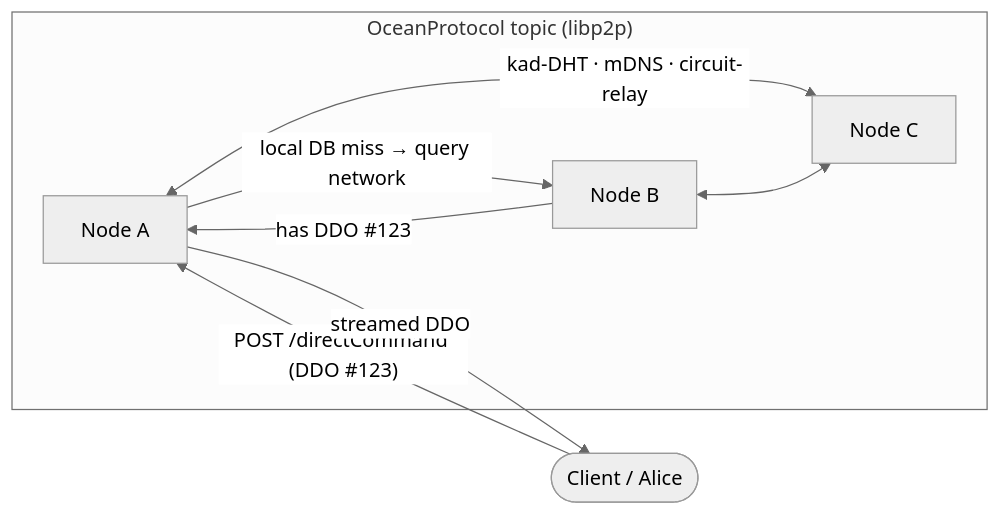
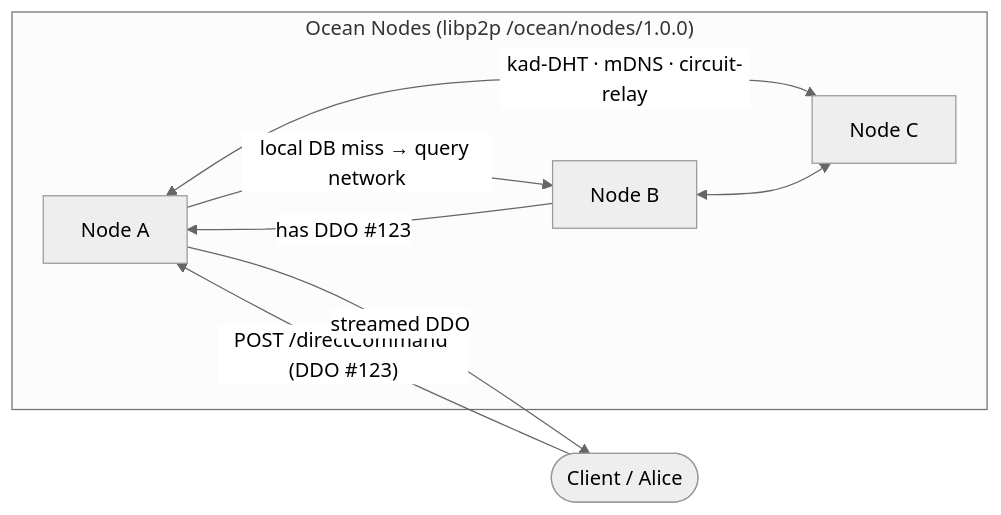
Before and after one commit to oceanprotocol/ocean-node: the fourth of 5 diagrams in docs/Arhitecture.md, drawn with Mermaid (neutral theme). The commit also changed other lines of this file and 1 other file, not shown here.

````diff
--- a/docs/Arhitecture.md
+++ b/docs/Arhitecture.md
@@ -236,14 +246,14 @@
 ```mermaid
 flowchart LR
-    subgraph OceanNetwork["OceanProtocol topic (libp2p)"]
+    subgraph OceanNetwork["Ocean Nodes (libp2p /ocean/nodes/1.0.0)"]
         A["Node A"]
         B["Node B"]
         C["Node C"]
     end
     Alice(["Client / Alice"]) -->|"POST /directCommand (DDO #123)"| A
     A -->|"local DB miss → query network"| B
     B -->|"has DDO #123"| A
     A -->|"streamed DDO"| Alice
     A <-->|"kad-DHT · mDNS · circuit-relay"| C
     B <--> C
 ```
````
